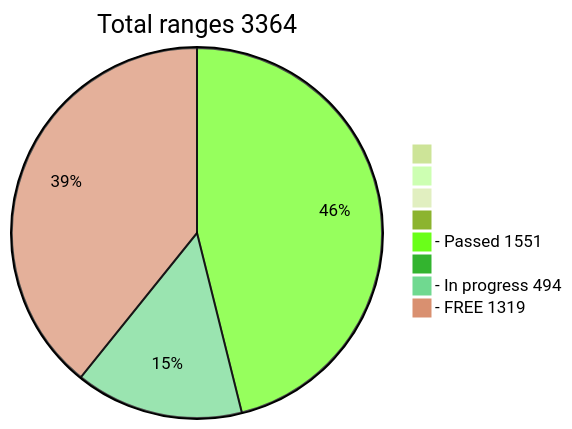
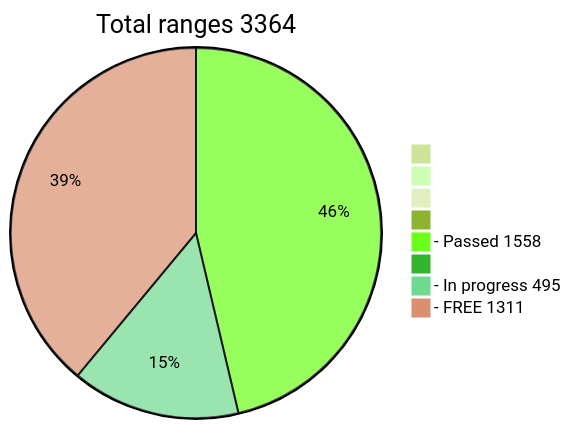
Before and after one commit to phrutis/wif500: the diagram in README.md, drawn with Mermaid (forest theme).

````diff
--- a/README.md
+++ b/README.md
@@ -16,12 +16,12 @@
 ```mermaid
 pie title Total ranges 3364
              " " : 0
             "  " : 0
            "   " : 0
           "    " : 0
-  "- Passed 1551" : 1551
+  "- Passed 1558" : 1558
          "     " : 0
-  "- In progress 494" : 494
-   "- FREE 1319" : 1319
+  "- In progress 495" : 495
+   "- FREE 1311" : 1311
    
 ```
````
